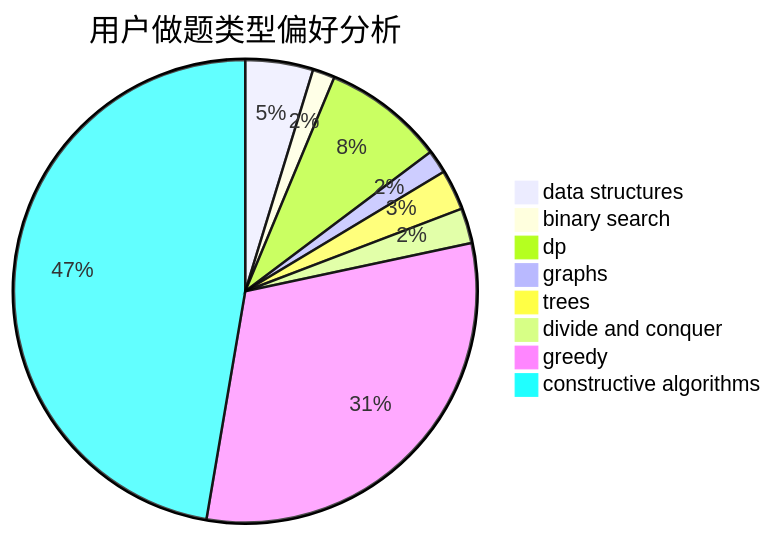
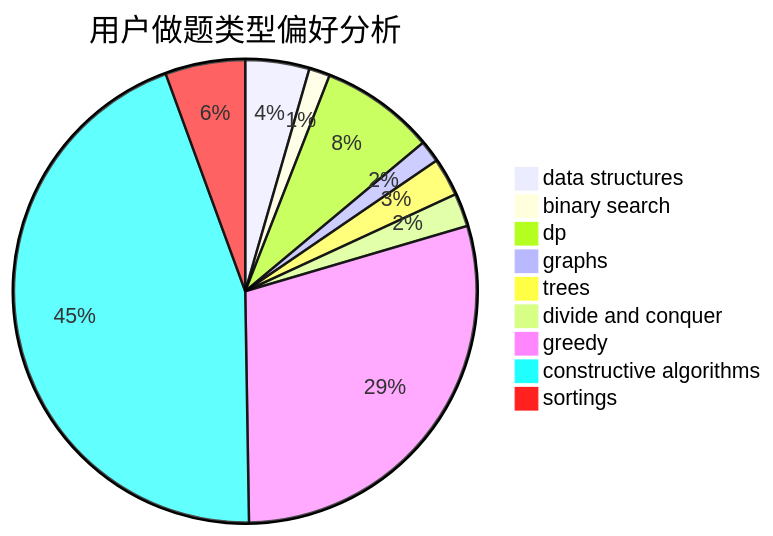
One commit to sherpahu/cfrs.github.io changed the second of 3 diagrams in docs/user/u2451.md. Above: the diagram before and after it, drawn with Mermaid. The commit also changed other lines of this file and 2769 other files, not shown here.

````diff
--- a/docs/user/u2451.md
+++ b/docs/user/u2451.md
@@ -23,11 +18,12 @@
 ```mermaid
 pie title 用户做题类型偏好分析
     "data structures" :  52
     "binary search" :  17
     "dp" :  93
     "graphs" :  18
     "trees" :  31
     "divide and conquer" :  27
     "greedy" :  341
     "constructive algorithms" :  520
+    "sortings" :  65
 ```
````
